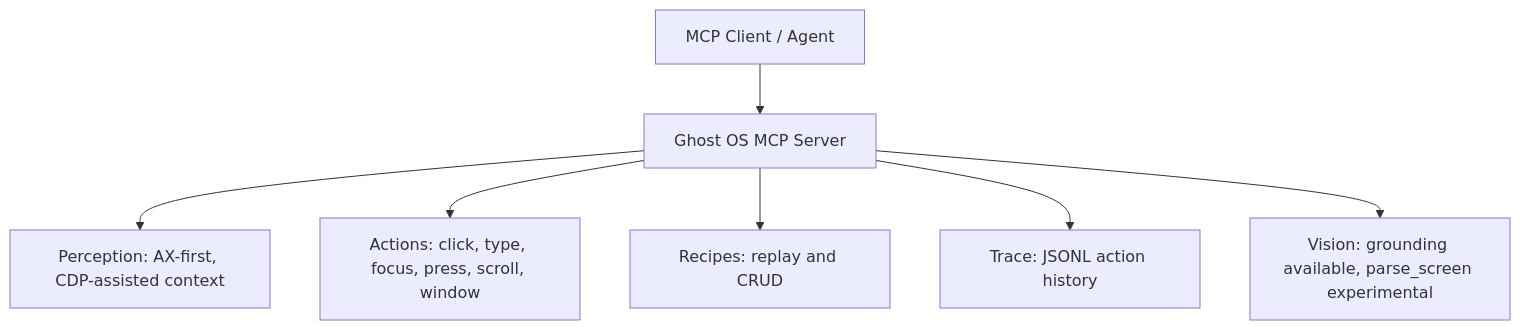
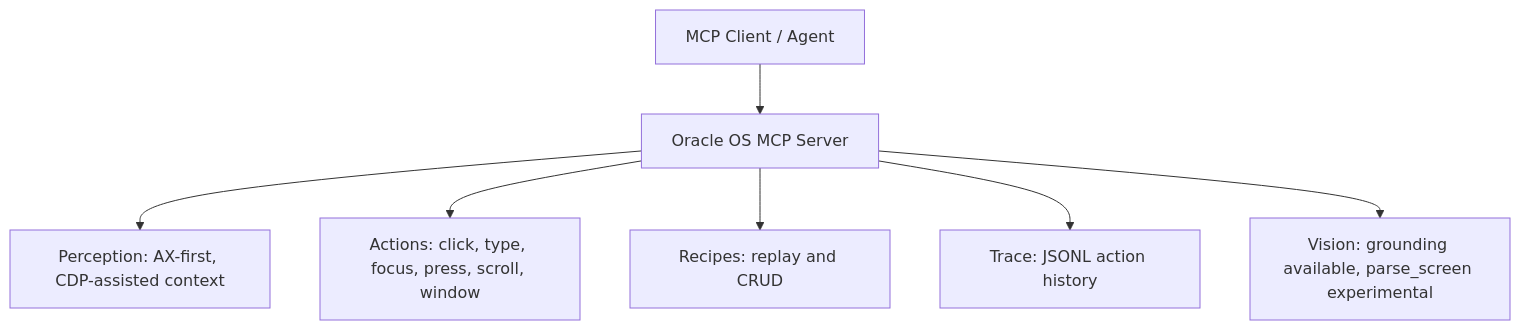
One commit to dawsonblock/Oracle-OS changed the diagram in README.md. Above: the diagram before and after it, drawn with Mermaid. The commit also changed other lines of this file and 110 other files, not shown here.

````diff
--- a/README.md
+++ b/README.md
@@ -18,9 +18,9 @@
 ```mermaid
 graph TD
-    Agent["MCP Client / Agent"] --> Server["Ghost OS MCP Server"]
+    Agent["MCP Client / Agent"] --> Server["Oracle OS MCP Server"]
     Server --> Perception["Perception: AX-first, CDP-assisted context"]
     Server --> Actions["Actions: click, type, focus, press, scroll, window"]
     Server --> Recipes["Recipes: replay and CRUD"]
     Server --> Trace["Trace: JSONL action history"]
     Server --> Vision["Vision: grounding available, parse_screen experimental"]
 ```
````
